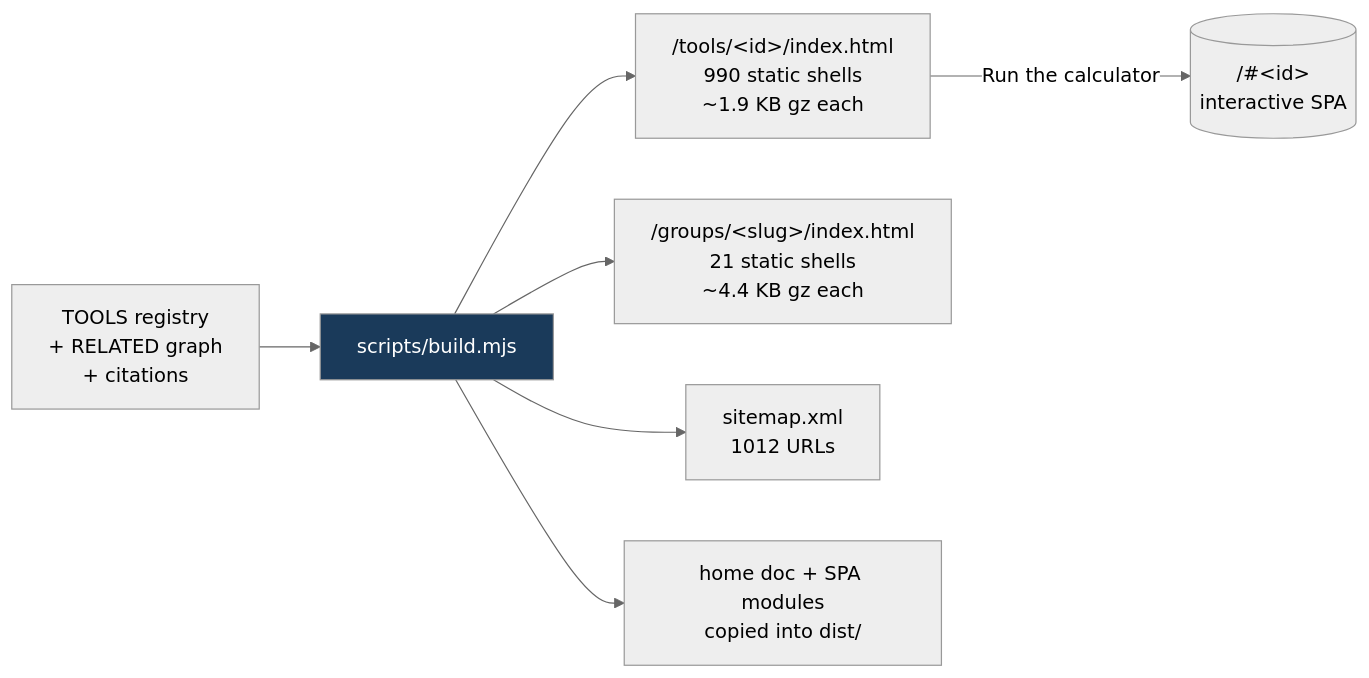
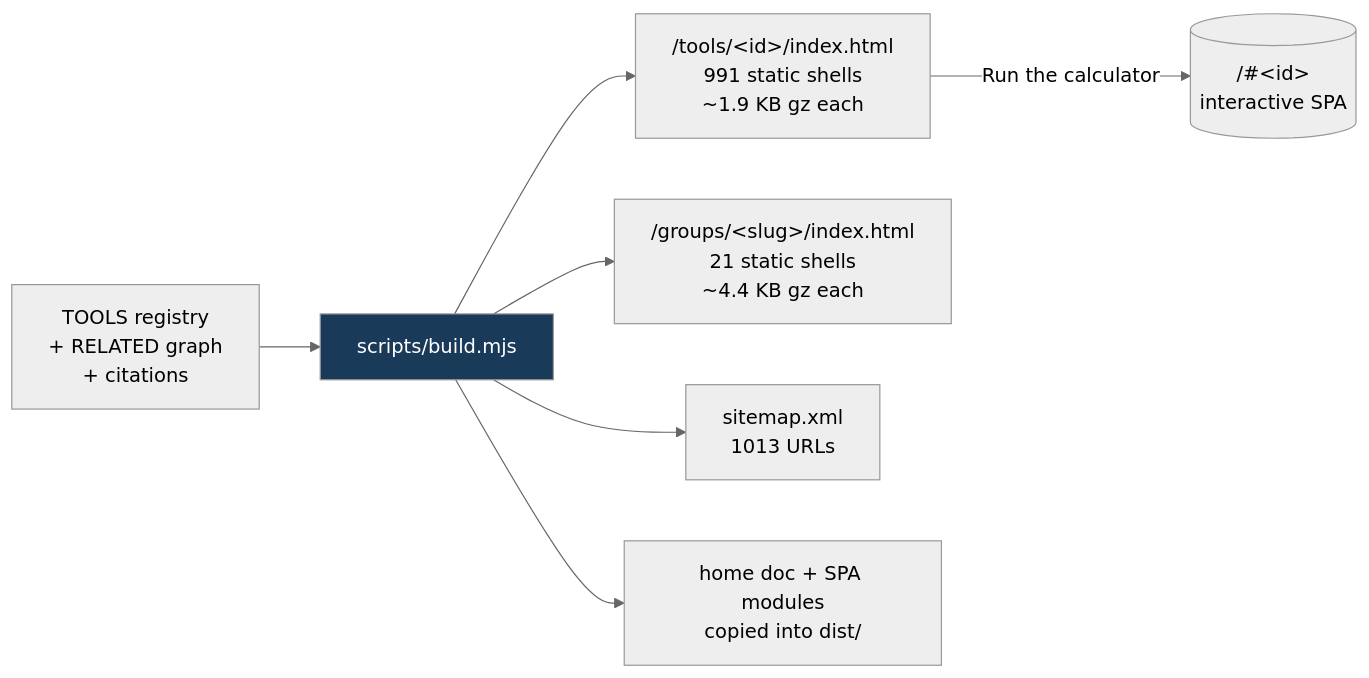
The fifth of 8 diagrams in README.md (clay-good/roughlogic.com), drawn with Mermaid (neutral theme) before and after one commit. The commit also changed other lines of this file and 12 other files, not shown here.

````diff
--- a/README.md
+++ b/README.md
@@ -495,10 +495,10 @@
 ```mermaid
 flowchart LR
     SRC[TOOLS registry\n+ RELATED graph\n+ citations] --> BUILD[scripts/build.mjs]
-    BUILD --> TILE["/tools/&lt;id&gt;/index.html\n990 static shells\n~1.9 KB gz each"]
+    BUILD --> TILE["/tools/&lt;id&gt;/index.html\n991 static shells\n~1.9 KB gz each"]
     BUILD --> GROUP["/groups/&lt;slug&gt;/index.html\n21 static shells\n~4.4 KB gz each"]
-    BUILD --> MAP["sitemap.xml\n1012 URLs"]
+    BUILD --> MAP["sitemap.xml\n1013 URLs"]
     BUILD --> COPY[home doc + SPA modules\ncopied into dist/]
     TILE -->|Run the calculator| SPA[("/#&lt;id&gt;\ninteractive SPA")]
     style BUILD fill:#1a3a5a,color:#fff
 ```
````
